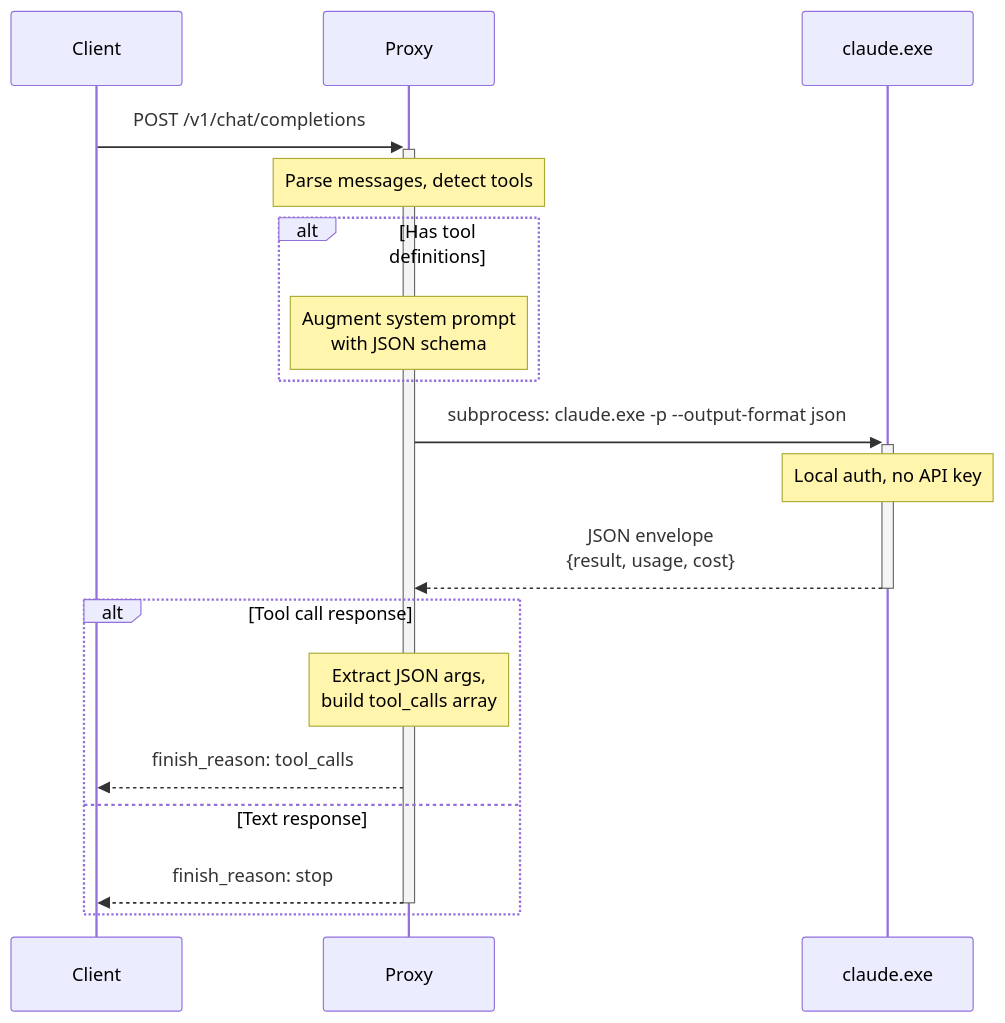
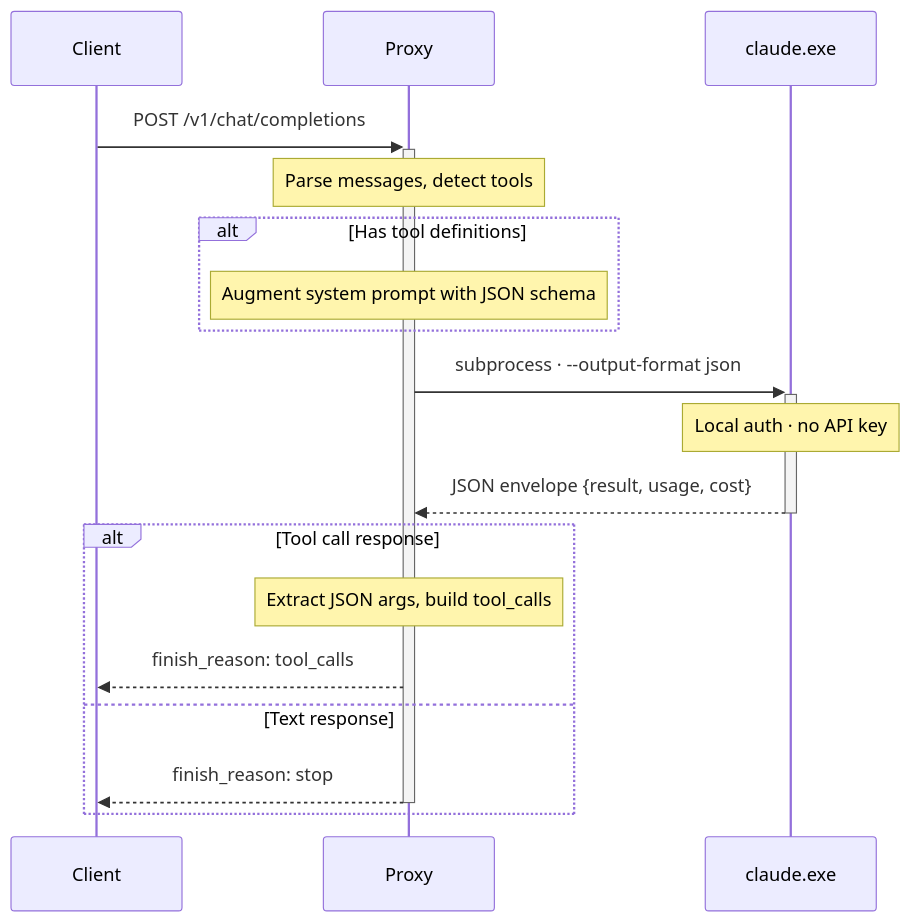
The second of 3 diagrams in README.md (MohammadAsadolahi/Claude-CLI-LLM-Proxy), drawn with Mermaid before and after one commit. The commit also changed other lines of this file, not shown here.

````diff
--- a/README.md
+++ b/README.md
@@ -113,24 +79,24 @@
 ```mermaid
 sequenceDiagram
     participant C as Client
     participant P as Proxy
     participant CLI as claude.exe
 
     C->>+P: POST /v1/chat/completions
     Note over P: Parse messages, detect tools
 
     alt Has tool definitions
-        Note over P: Augment system prompt<br>with JSON schema
+        Note over P: Augment system prompt with JSON schema
     end
 
-    P->>+CLI: subprocess: claude.exe -p --output-format json
-    Note over CLI: Local auth, no API key
-    CLI-->>-P: JSON envelope<br>{result, usage, cost}
+    P->>+CLI: subprocess · --output-format json
+    Note over CLI: Local auth · no API key
+    CLI-->>-P: JSON envelope {result, usage, cost}
 
     alt Tool call response
-        Note over P: Extract JSON args,<br>build tool_calls array
+        Note over P: Extract JSON args, build tool_calls
         P-->>C: finish_reason: tool_calls
     else Text response
         P-->>-C: finish_reason: stop
     end
 ```
````
